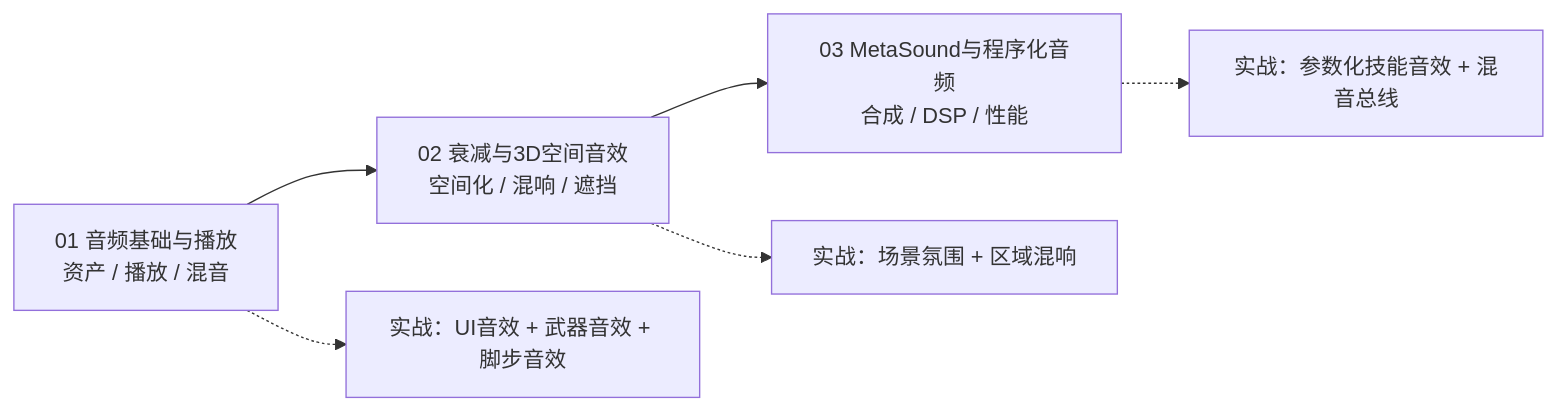
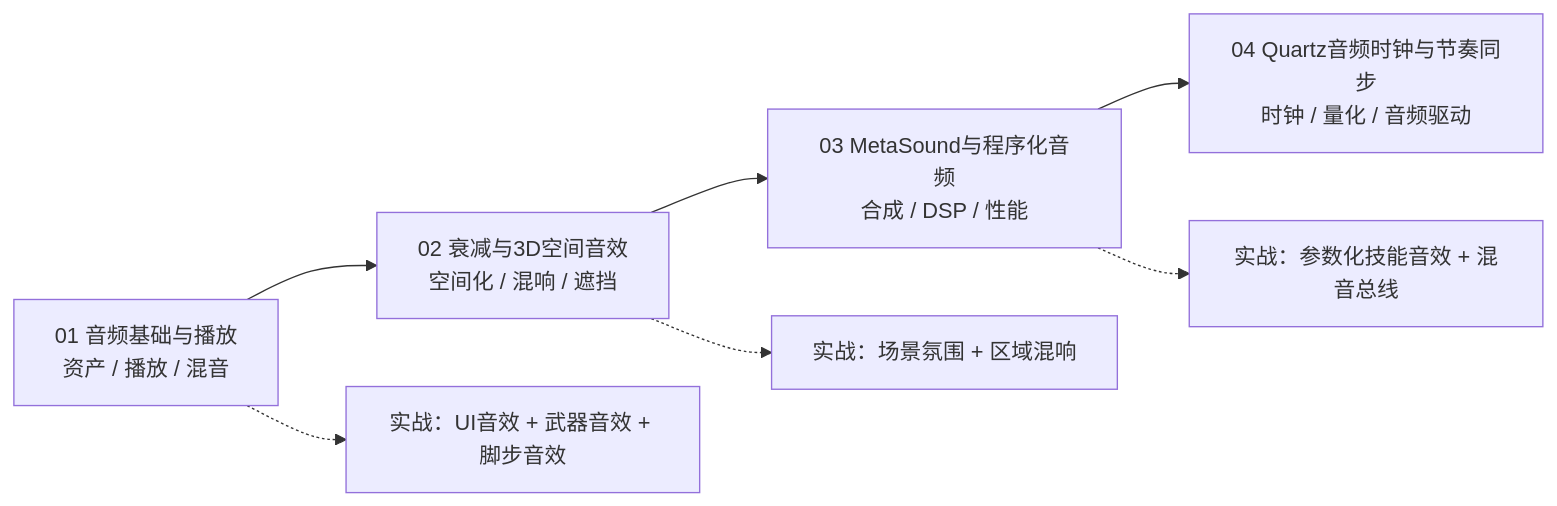
The diagram in 游戏知识/10-音频系统/README.md (fantuan812/learning), drawn with Mermaid before and after one commit. The commit also changed other lines of this file and 27 other files, not shown here.

````diff
--- a/游戏知识/10-音频系统/README.md
+++ b/游戏知识/10-音频系统/README.md
@@ -61,8 +64,9 @@
 ```mermaid
 flowchart LR
     A["01 音频基础与播放<br/>资产 / 播放 / 混音"] --> B["02 衰减与3D空间音效<br/>空间化 / 混响 / 遮挡"]
     B --> C["03 MetaSound与程序化音频<br/>合成 / DSP / 性能"]
+    C --> G["04 Quartz音频时钟与节奏同步<br/>时钟 / 量化 / 音频驱动"]
     A -.-> D["实战：UI音效 + 武器音效 + 脚步音效"]
     B -.-> E["实战：场景氛围 + 区域混响"]
     C -.-> F["实战：参数化技能音效 + 混音总线"]
 ```
````
